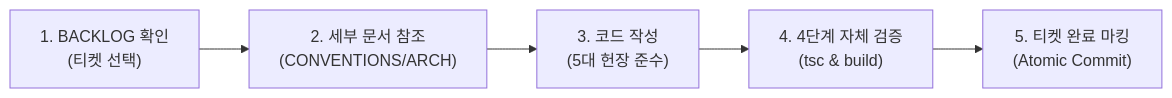
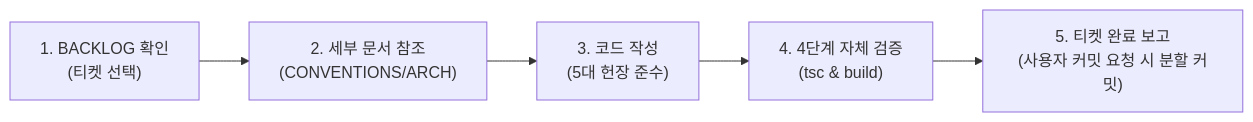
Before and after one commit to hanpla/hanpla-lol-worlds: the diagram in docs/RULE.md, drawn with Mermaid. The commit also changed other lines of this file and 2 other files, not shown here.

Commit message:
docs(rules): update commit guidelines to require explicit user request

````diff
--- a/docs/RULE.md
+++ b/docs/RULE.md
@@ -45,7 +46,7 @@
 ```mermaid
 flowchart LR
     Step1["1. BACKLOG 확인\n(티켓 선택)"] --> Step2["2. 세부 문서 참조\n(CONVENTIONS/ARCH)"]
     Step2 --> Step3["3. 코드 작성\n(5대 헌장 준수)"]
     Step3 --> Step4["4. 4단계 자체 검증\n(tsc & build)"]
-    Step4 --> Step5["5. 티켓 완료 마킹\n(Atomic Commit)"]
+    Step4 --> Step5["5. 티켓 완료 보고\n(사용자 커밋 요청 시 분할 커밋)"]
 ```
````
